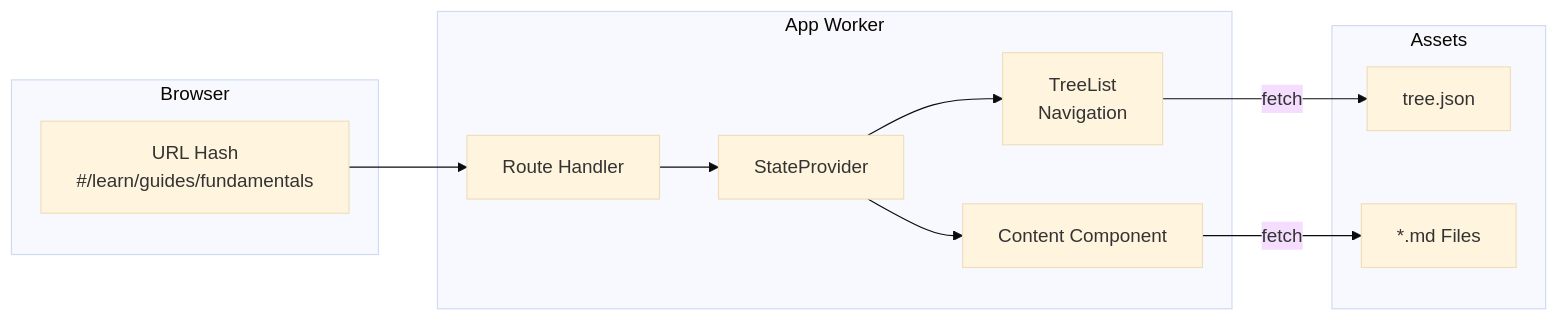
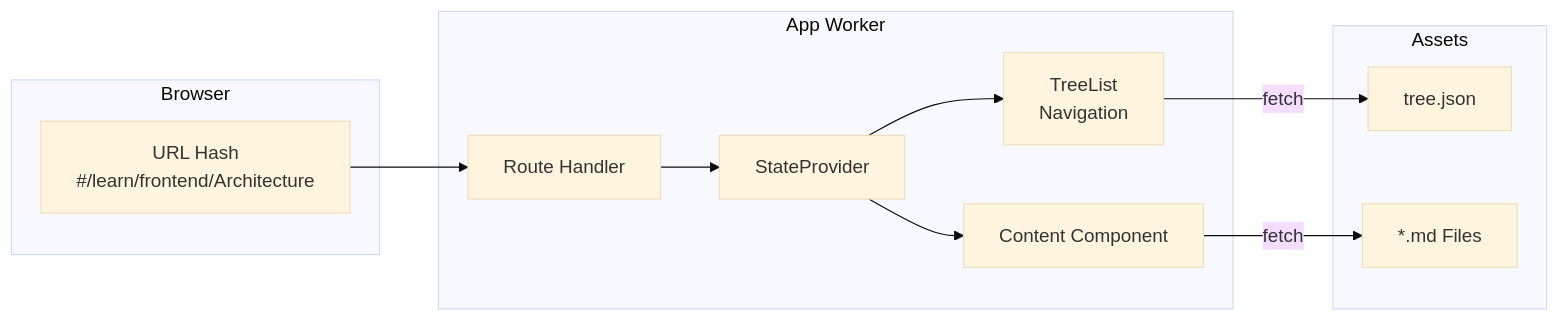
The first of 2 diagrams in learn/guides/devindex/frontend/ContentEngine.md (neomjs/neo), drawn with Mermaid (base theme) before and after one commit. The commit also changed other lines of this file, not shown here.

````diff
--- a/learn/guides/devindex/frontend/ContentEngine.md
+++ b/learn/guides/devindex/frontend/ContentEngine.md
@@ -17,25 +17,25 @@
 ```mermaid
 flowchart LR
     subgraph Browser
-        URL[URL Hash<br/>#/learn/guides/fundamentals]
+        URL[URL Hash<br/>#/learn/frontend/Architecture]
     end
     
     subgraph App Worker
         Router[Route Handler]
         State[StateProvider]
         Tree[TreeList<br/>Navigation]
         Content[Content Component]
     end
     
     subgraph Assets
         JSON[tree.json]
         MD[*.md Files]
     end
     
     URL --> Router
     Router --> State
     State --> Tree
     State --> Content
     Tree -->|fetch| JSON
     Content -->|fetch| MD
 ```
````
